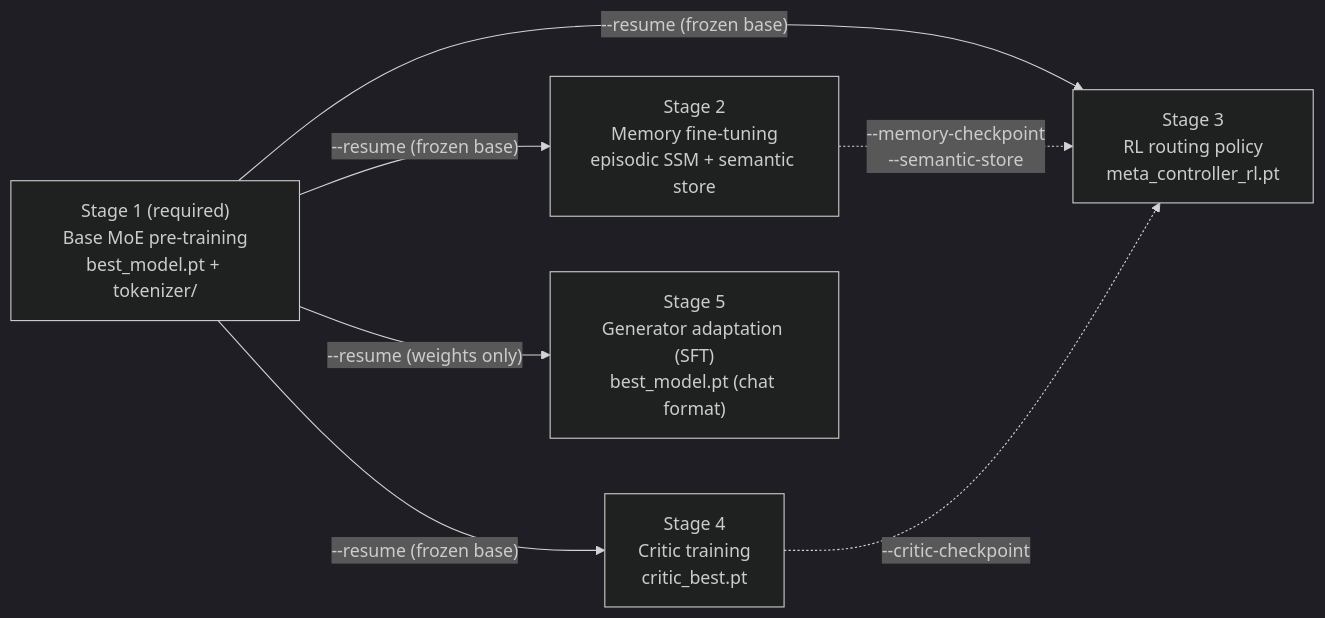
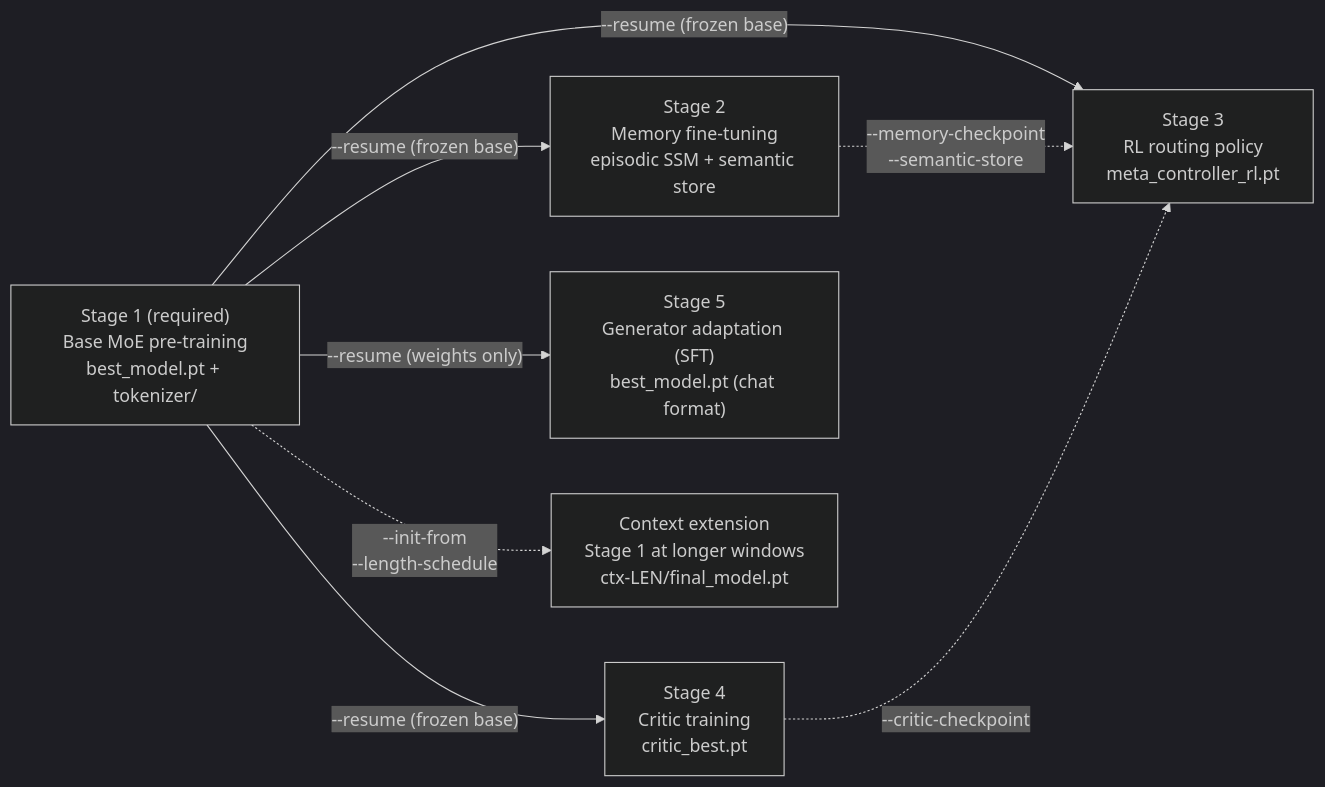
The diagram in README.md (webpolis/mantis), drawn with Mermaid (dark theme) before and after one commit. The commit also changed other lines of this file and 14 other files, not shown here.

Commit message:
docs: sync paper, diagrams and docs with long context, BPE tokenizer and medium preset

````diff
--- a/README.md
+++ b/README.md
@@ -48,14 +48,16 @@
 ```mermaid
 flowchart LR
     S1["Stage 1 (required)<br/>Base MoE pre-training<br/>best_model.pt + tokenizer/"]
     S2["Stage 2<br/>Memory fine-tuning<br/>episodic SSM + semantic store"]
     S4["Stage 4<br/>Critic training<br/>critic_best.pt"]
     S3["Stage 3<br/>RL routing policy<br/>meta_controller_rl.pt"]
     S5["Stage 5<br/>Generator adaptation (SFT)<br/>best_model.pt (chat format)"]
+    CE["Context extension<br/>Stage 1 at longer windows<br/>ctx-LEN/final_model.pt"]
     S1 -- "--resume (frozen base)" --> S2
     S1 -- "--resume (frozen base)" --> S4
     S1 -- "--resume (frozen base)" --> S3
     S1 -- "--resume (weights only)" --> S5
+    S1 -. "--init-from<br/>--length-schedule" .-> CE
     S2 -. "--memory-checkpoint<br/>--semantic-store" .-> S3
     S4 -. "--critic-checkpoint" .-> S3
 ```
````
